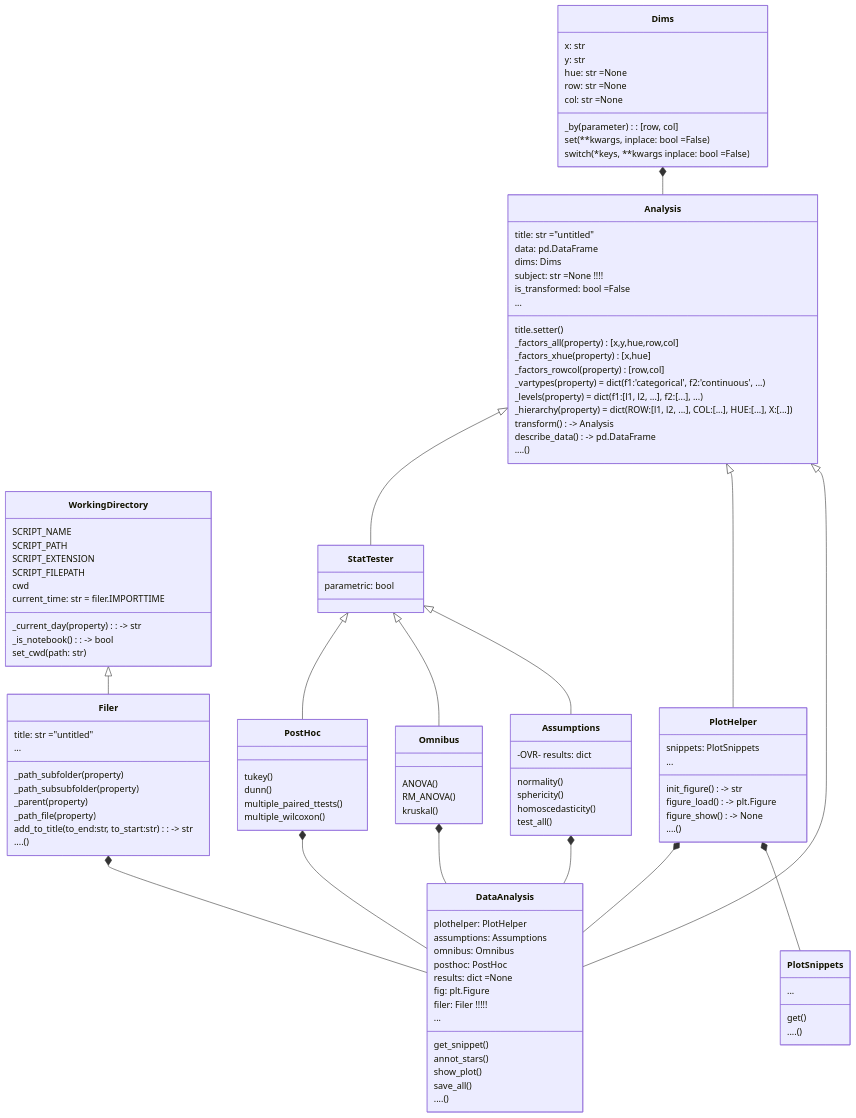
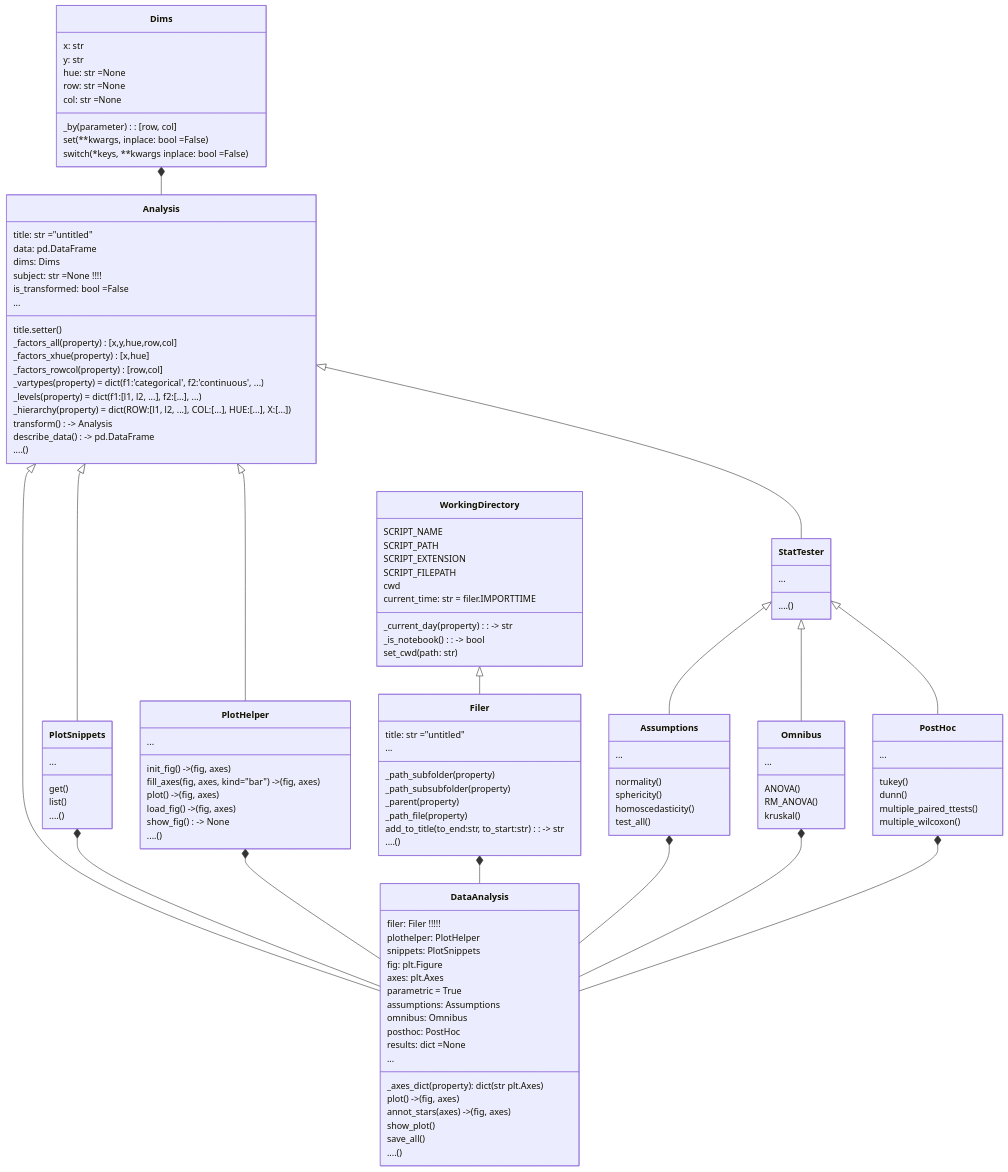
One commit to markur4/plotastic changed the diagram in README.md. Above: the diagram before and after it, drawn with Mermaid. The commit also changed other lines of this file and 8 other files, not shown here.

```diff
--- a/README.md
+++ b/README.md
@@ -196,21 +196,24 @@
  
 
    class StatTester{
-      parametric: bool
+      ...
+      ....()
    }
    class Assumptions{
-      -OVR- results: dict
+      ...
       normality()
       sphericity()
       homoscedasticity()
       test_all()
    }
    class Omnibus{
+      ...
       ANOVA()
       RM_ANOVA()
       kruskal()
    }
    class PostHoc{
+      ...
       tukey()
       dunn()
       multiple_paired_ttests()
@@ -223,29 +226,36 @@
    class PlotSnippets{
       ...
       get()
+      list()
 
       ....()
    }
    class PlotHelper{
-      snippets: PlotSnippets
       ...
-      init_figure() -> str
-      figure_load() -> plt.Figure
-      figure_show() -> None
+      init_fig() -> (fig, axes)
+      fill_axes(fig, axes, kind="bar") -> (fig, axes)
+      plot() -> (fig, axes)
+      load_fig() -> (fig, axes)
+      show_fig() -> None
       ....()
    }
 
    class DataAnalysis{
+      filer: Filer !!!!!
       plothelper: PlotHelper
+      snippets: PlotSnippets
+      fig: plt.Figure
+      axes: plt.Axes
+
+      parametric = True
       assumptions: Assumptions
       omnibus: Omnibus
       posthoc: PostHoc
       results: dict =None
-      fig: plt.Figure
-      filer: Filer !!!!!
       ...
-      get_snippet()
-      annot_stars()
+      _axes_dict(property): dict(str plt.Axes)
+      plot() -> (fig, axes)
+      annot_stars(axes) -> (fig, axes)
       show_plot()
       save_all()
       ....()
@@ -257,6 +267,7 @@
    Dims *-- Analysis
    Analysis <|-- DataAnalysis
    Analysis <|-- PlotHelper
+   Analysis <|-- PlotSnippets
    Analysis <|-- StatTester
 
    StatTester <|-- Assumptions
@@ -265,10 +276,10 @@
 
    WorkingDirectory <|-- Filer
 
-   PlotHelper *-- PlotSnippets
 
+   PlotSnippets *-- DataAnalysis
+   PlotHelper *-- DataAnalysis
    Filer *-- DataAnalysis
-   PlotHelper *-- DataAnalysis
    Assumptions *-- DataAnalysis
    Omnibus *-- DataAnalysis
    PostHoc *-- DataAnalysis
```
